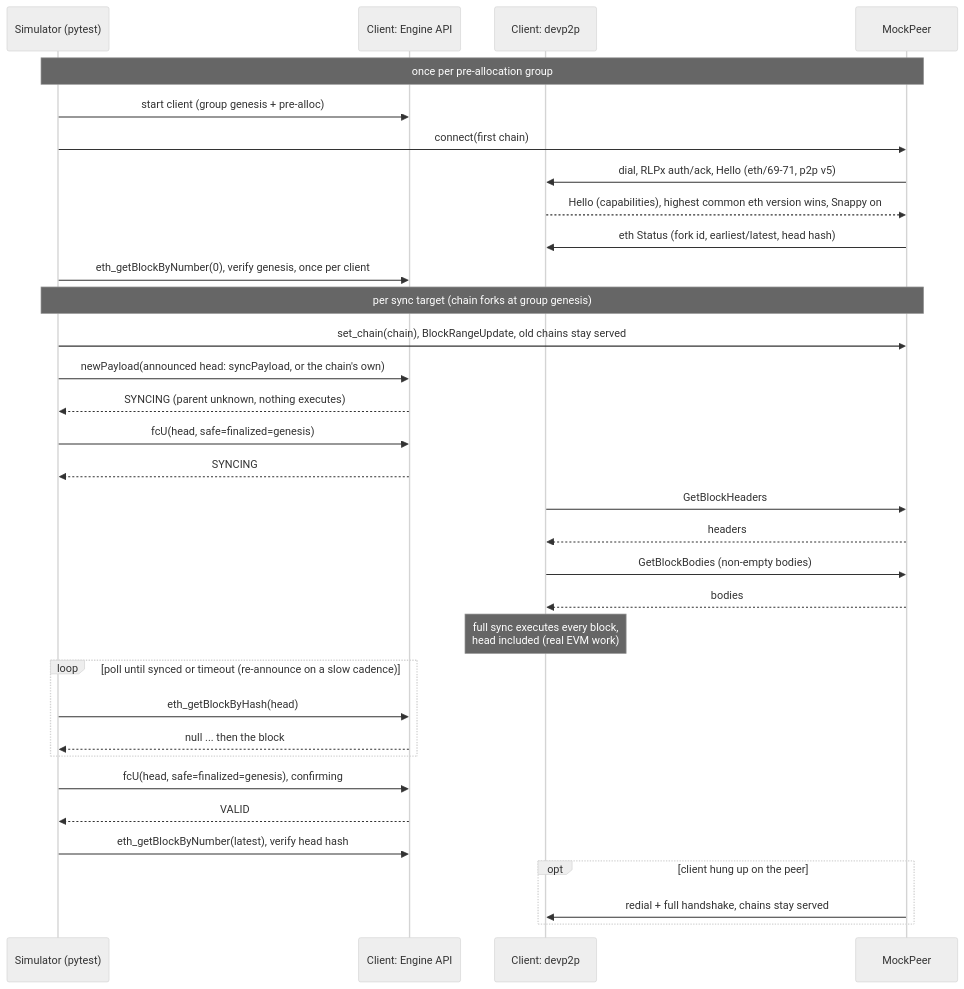
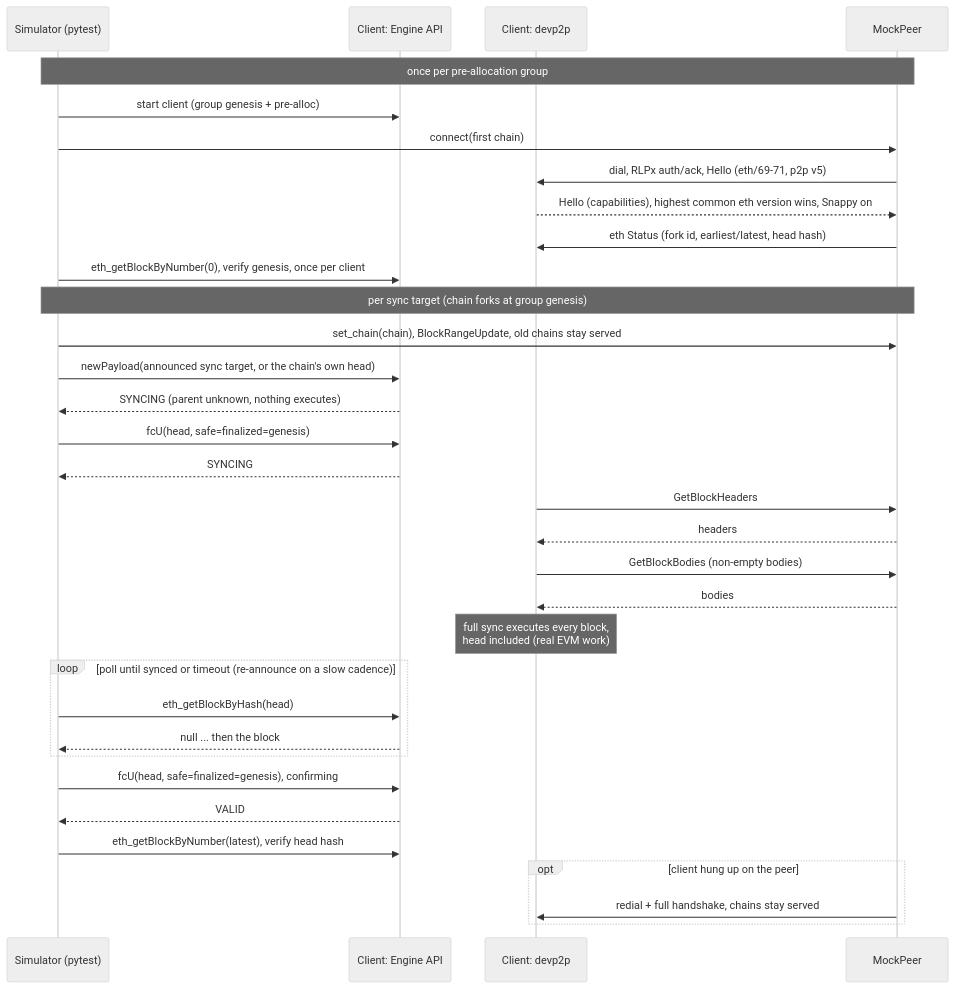
Before and after one commit to ethereum/execution-specs: the diagram in docs/running_tests/consume/wirex.md, drawn with Mermaid (neutral theme). The commit also changed other lines of this file, not shown here.

Commit message:
docs(test-consume): describe per-target sync paths
Clarify that a fixture announcing several sync targets runs each one
on an isolated client, while single-target fixtures keep the group's
reused client. Update the process diagram to name the announced head
as a sync target instead of using the obsolete singular syncPayload
term.

````diff
--- a/docs/running_tests/consume/wirex.md
+++ b/docs/running_tests/consume/wirex.md
@@ -38,38 +38,38 @@
 ```mermaid
 sequenceDiagram
     participant S as Simulator (pytest)
     participant E as Client: Engine API
     participant D as Client: devp2p
     participant P as MockPeer
 
     note over S,P: once per pre-allocation group
     S->>E: start client (group genesis + pre-alloc)
     S->>P: connect(first chain)
     P->>D: dial, RLPx auth/ack, Hello (eth/69-71, p2p v5)
     D-->>P: Hello (capabilities), highest common eth version wins, Snappy on
     P->>D: eth Status (fork id, earliest/latest, head hash)
     S->>E: eth_getBlockByNumber(0), verify genesis, once per client
 
     note over S,P: per sync target (chain forks at group genesis)
     S->>P: set_chain(chain), BlockRangeUpdate, old chains stay served
-    S->>E: newPayload(announced head: syncPayload, or the chain's own)
+    S->>E: newPayload(announced sync target, or the chain's own head)
     E-->>S: SYNCING (parent unknown, nothing executes)
     S->>E: fcU(head, safe=finalized=genesis)
     E-->>S: SYNCING
     D->>P: GetBlockHeaders
     P-->>D: headers
     D->>P: GetBlockBodies (non-empty bodies)
     P-->>D: bodies
     note over D: full sync executes every block,<br/>head included (real EVM work)
     loop poll until synced or timeout (re-announce on a slow cadence)
         S->>E: eth_getBlockByHash(head)
         E-->>S: null ... then the block
     end
     S->>E: fcU(head, safe=finalized=genesis), confirming
     E-->>S: VALID
     S->>E: eth_getBlockByNumber(latest), verify head hash
 
     opt client hung up on the peer
         P->>D: redial + full handshake, chains stay served
     end
 ```
````
